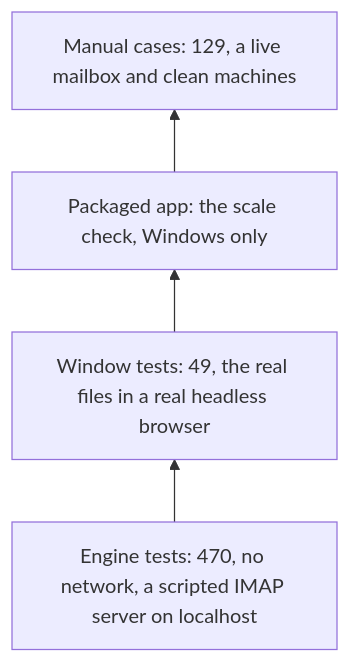
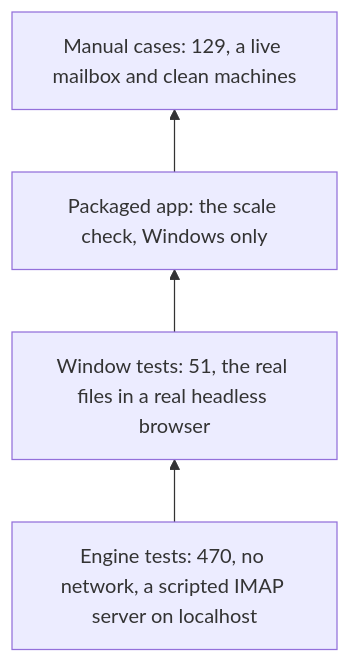
Before and after one commit to SarangVehale/email-todolist: the first of 2 diagrams in docs/testing/strategy.md, drawn with Mermaid. The commit also changed other lines of this file and 8 other files, not shown here.

First line of the commit message:
The demo backend refuses what the engine refuses; two window tests show it

````diff
--- a/docs/testing/strategy.md
+++ b/docs/testing/strategy.md
@@ -24,6 +24,6 @@
 ```mermaid
 flowchart BT
-    E["Engine tests: 470, no network, a scripted IMAP server on localhost"] --> W["Window tests: 49, the real files in a real headless browser"]
+    E["Engine tests: 470, no network, a scripted IMAP server on localhost"] --> W["Window tests: 51, the real files in a real headless browser"]
     W --> P["Packaged app: the scale check, Windows only"]
     P --> M["Manual cases: 129, a live mailbox and clean machines"]
 ```
````
